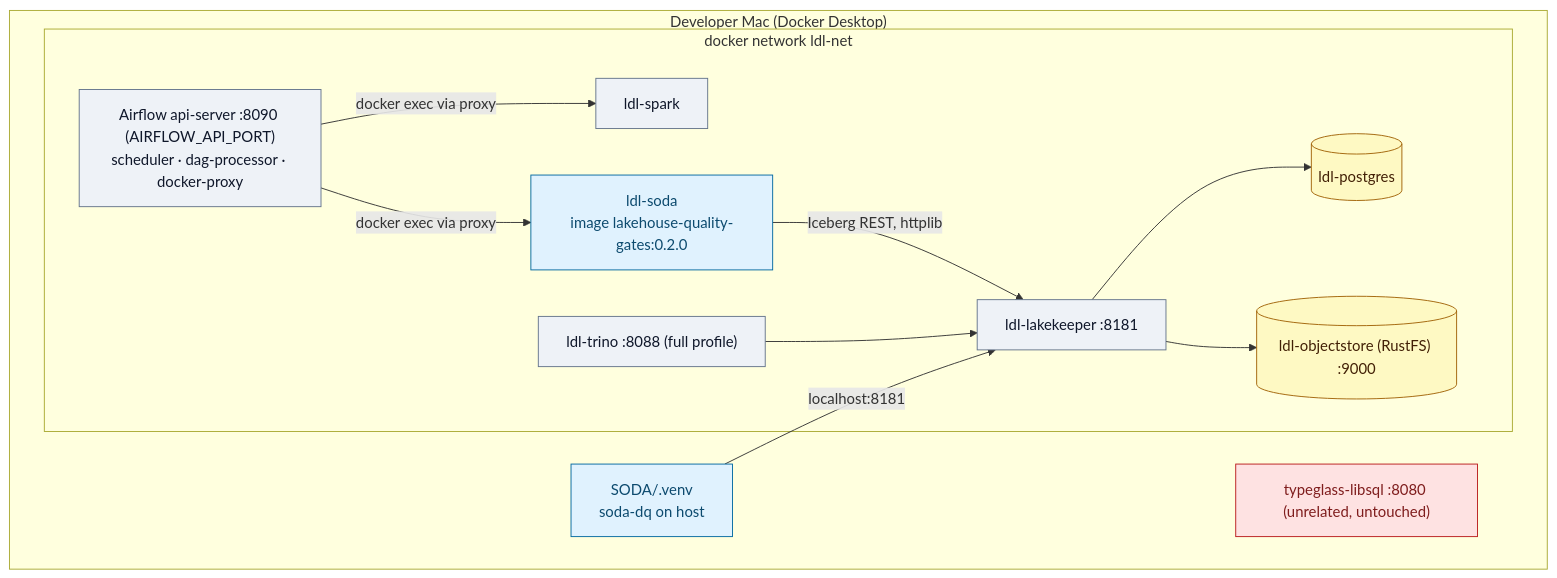
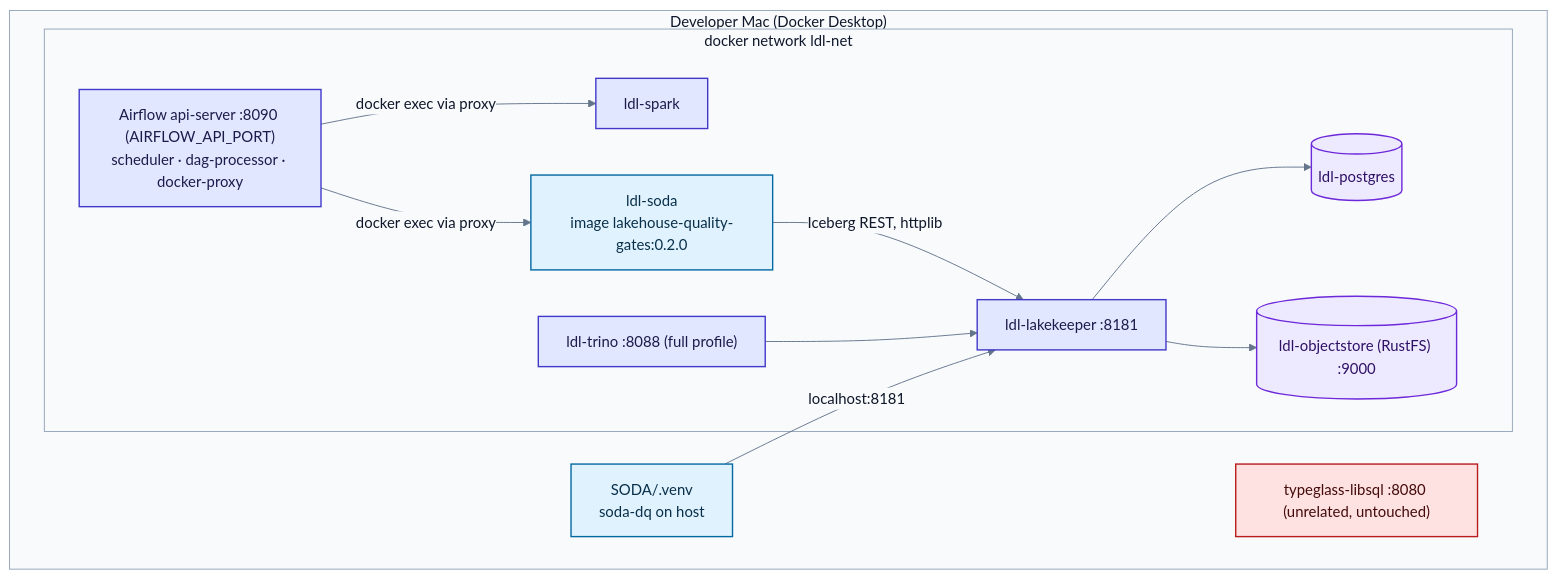
The diagram in docs/diagrams/06-deployment.mmd (santoshshinde2012/lakehouse-quality-gates), drawn with Mermaid before and after one commit. The commit also changed 20 other files, not shown here.

Commit message:
docs: overhaul README and architecture diagrams

```diff
--- a/docs/diagrams/06-deployment.mmd
+++ b/docs/diagrams/06-deployment.mmd
@@ -1,26 +1,29 @@
+%%{init: {"theme": "base", "themeVariables": {"fontFamily": "Inter, Segoe UI, Helvetica, Arial, sans-serif", "lineColor": "#64748b", "primaryTextColor": "#0f172a", "primaryColor": "#e0e7ff", "primaryBorderColor": "#4338ca", "secondaryColor": "#dcfce7", "tertiaryColor": "#f8fafc", "edgeLabelBackground": "#f8fafc", "actorBkg": "#e0e7ff", "actorBorder": "#4338ca", "noteBkgColor": "#fef3c7", "noteBorderColor": "#b45309", "signalColor": "#334155", "signalTextColor": "#0f172a"}}}%%
 flowchart TB
   subgraph HOST["Developer Mac (Docker Desktop)"]
     subgraph NET["docker network ldl-net"]
       LK["ldl-lakekeeper :8181"]:::ext
       OS[("ldl-objectstore (RustFS) :9000")]:::store
       PG[("ldl-postgres")]:::store
       SP["ldl-spark"]:::ext
       TR["ldl-trino :8088 (full profile)"]:::ext
       AF["Airflow api-server :8090 (AIRFLOW_API_PORT)<br/>scheduler · dag-processor · docker-proxy"]:::ext
       SO["ldl-soda<br/>image lakehouse-quality-gates:0.2.0"]:::dq
     end
     VENV["SODA/.venv<br/>soda-dq on host"]:::dq
     TG["typeglass-libsql :8080 (unrelated, untouched)"]:::fail
   end
   AF -- "docker exec via proxy" --> SP
   AF -- "docker exec via proxy" --> SO
   SO -- "Iceberg REST, httplib" --> LK
   VENV -- "localhost:8181" --> LK
   LK --> PG
   LK --> OS
   TR --> LK
-  classDef ext fill:#eef2f7,stroke:#64748b,color:#0f172a
-  classDef dq fill:#e0f2fe,stroke:#0369a1,color:#0c4a6e
-  classDef store fill:#fef9c3,stroke:#a16207,color:#422006
-  classDef gate fill:#dcfce7,stroke:#15803d,color:#14532d
-  classDef fail fill:#fee2e2,stroke:#b91c1c,color:#7f1d1d
+  classDef ext fill:#e0e7ff,stroke:#4338ca,stroke-width:1.5px,color:#1e1b4b
+  classDef dq fill:#e0f2fe,stroke:#0369a1,stroke-width:1.5px,color:#082f49
+  classDef store fill:#ede9fe,stroke:#6d28d9,stroke-width:1.5px,color:#2e1065
+  classDef gate fill:#dcfce7,stroke:#15803d,stroke-width:1.5px,color:#052e16
+  classDef fail fill:#fee2e2,stroke:#b91c1c,stroke-width:1.5px,color:#450a0a
+  style HOST fill:#f8fafc,stroke:#94a3b8,color:#0f172a
+  style NET fill:#f8fafc,stroke:#94a3b8,color:#0f172a
```
